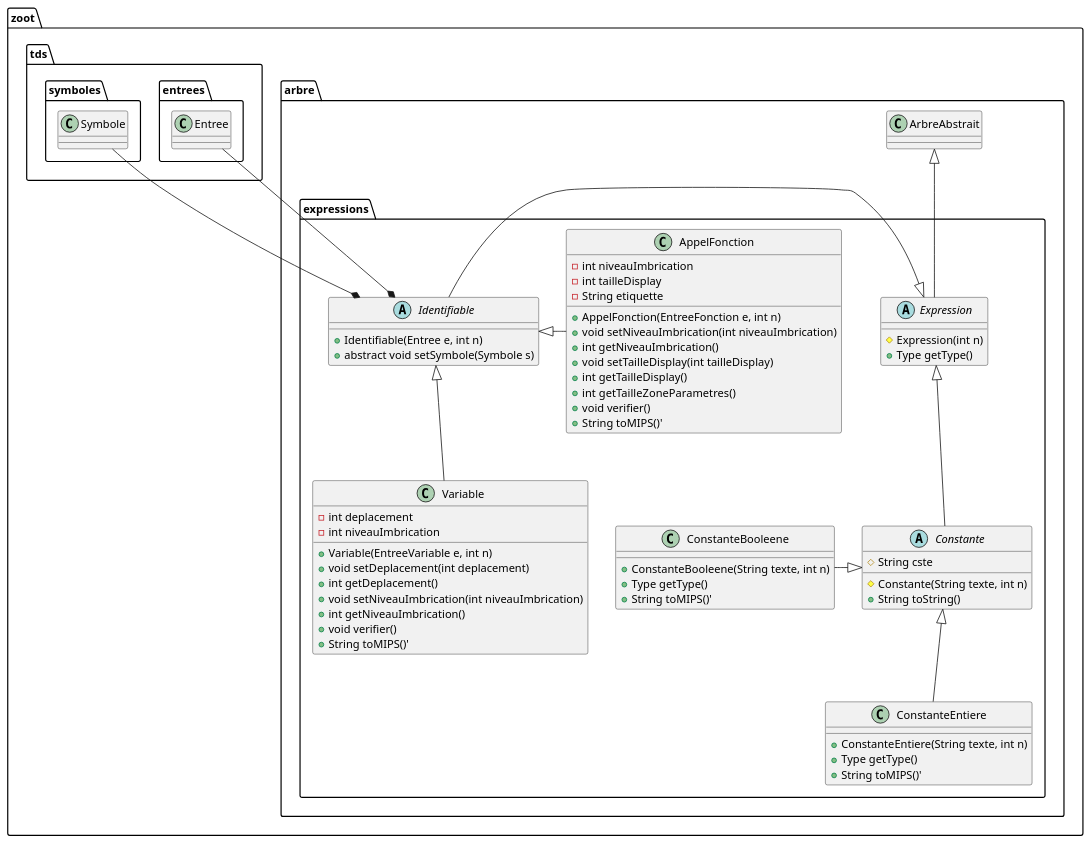
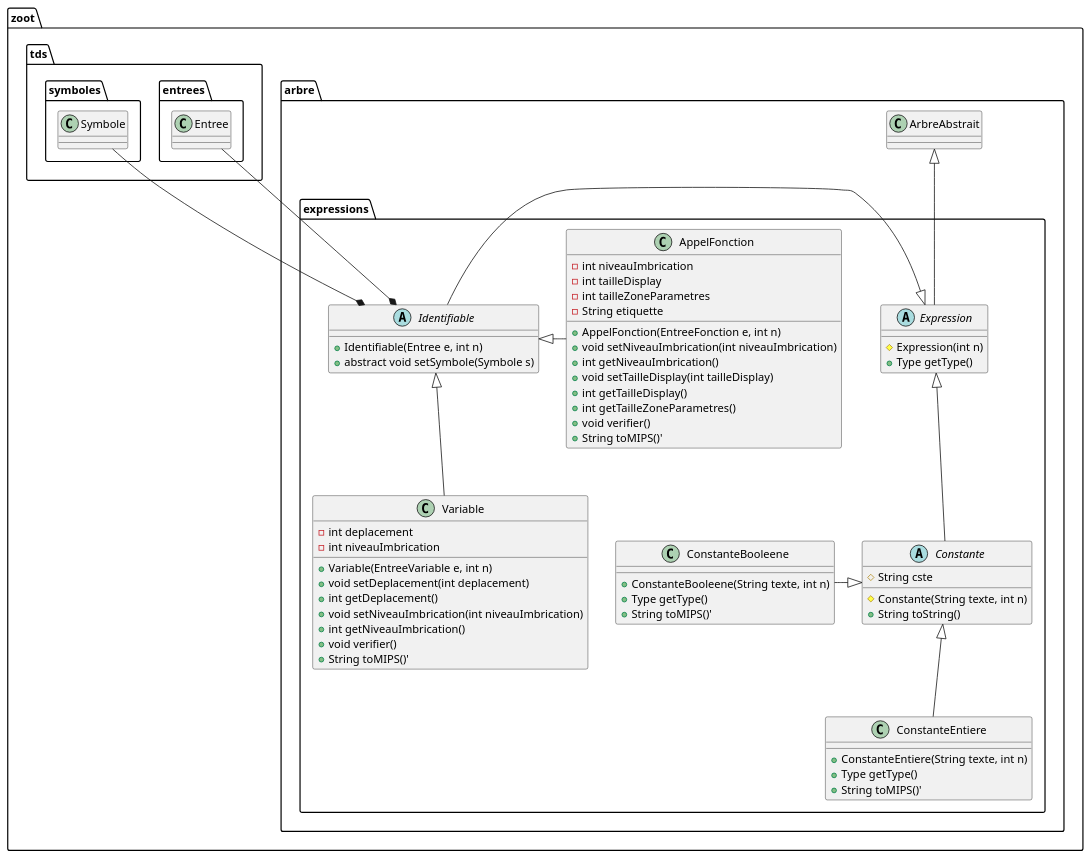
The diagram in diagrammes/classe/expressions.puml (lmtb06/zoot), drawn with PlantUML before and after one commit. The commit also changed 2 other files, not shown here.

```diff
--- a/diagrammes/classe/expressions.puml
+++ b/diagrammes/classe/expressions.puml
@@ -1,70 +1,71 @@
 @startuml "Package expressions"
 namespace zoot.arbre.expressions {
     ' Includes
     ' Classes
     abstract class Expression {
         # Expression(int n)
         + Type getType()
     }
 
     abstract class Constante {
         # String cste
         # Constante(String texte, int n)
         + String toString()
     }
 
     class ConstanteEntiere {
         + ConstanteEntiere(String texte, int n)
         + Type getType()
         + String toMIPS()'
     }
 
     class ConstanteBooleene {
         + ConstanteBooleene(String texte, int n)
         + Type getType()
         + String toMIPS()'
 
     }
 
     abstract class Identifiable {
         + Identifiable(Entree e, int n)
         + abstract void setSymbole(Symbole s)
     }
 
     class Variable {
         - int deplacement
         - int niveauImbrication
         + Variable(EntreeVariable e, int n)
         + void setDeplacement(int deplacement)
         + int getDeplacement()
         + void setNiveauImbrication(int niveauImbrication)
         + int getNiveauImbrication()
         + void verifier()
         + String toMIPS()'
     }
 
     class AppelFonction {
         - int niveauImbrication
         - int tailleDisplay
+        - int tailleZoneParametres
         - String etiquette
         + AppelFonction(EntreeFonction e, int n)
         + void setNiveauImbrication(int niveauImbrication)
         + int getNiveauImbrication()
         + void setTailleDisplay(int tailleDisplay)
         + int getTailleDisplay()
         + int getTailleZoneParametres()
         + void verifier()
         + String toMIPS()'
     }
     ' Relations entre les classes
     Expression -up-|> zoot.arbre.ArbreAbstrait
     Constante -up-|> Expression
     ConstanteEntiere -up-|> Constante
     ConstanteBooleene -right-|> Constante
     Identifiable *-up- zoot.tds.entrees.Entree
     Identifiable *-up- zoot.tds.symboles.Symbole
     Identifiable -left-|> Expression
     Variable -up-|> Identifiable
     AppelFonction -left-|> Identifiable
 }
 @enduml
```
